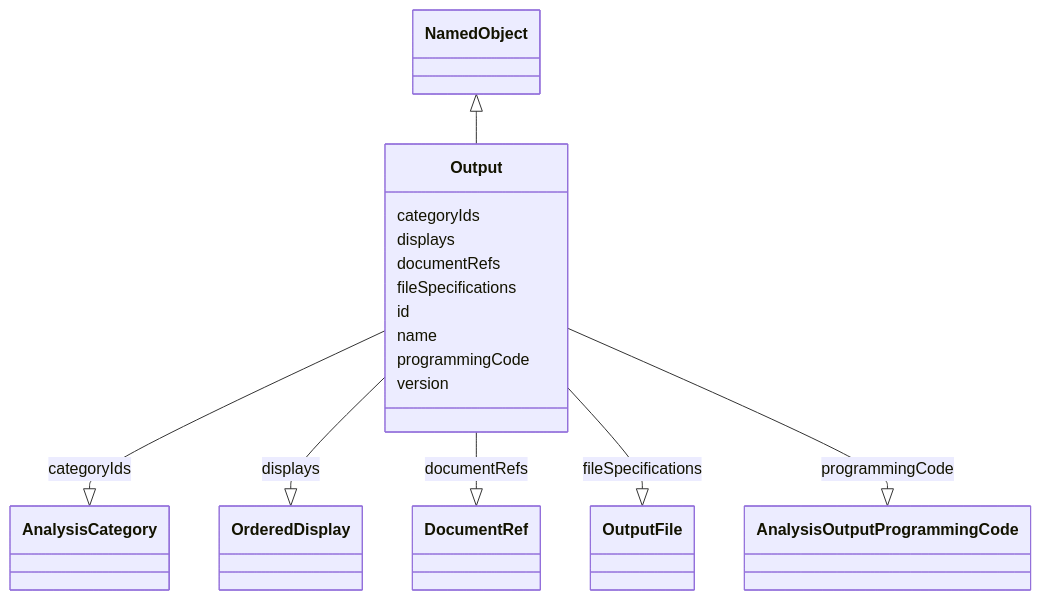
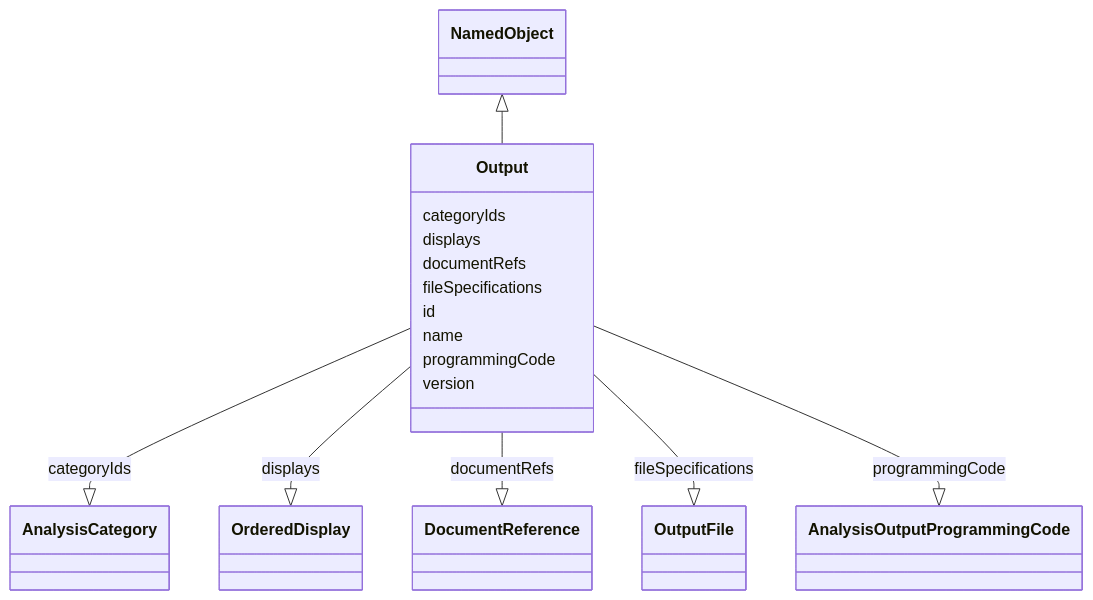
The diagram in project/docs/Output.md (cdisc-org/analysis-results-standard), drawn with Mermaid before and after one commit. The commit also changed other lines of this file and 281 other files, not shown here.

````diff
--- a/project/docs/Output.md
+++ b/project/docs/Output.md
@@ -14,33 +14,33 @@
 ```mermaid
  classDiagram
     class Output
       NamedObject <|-- Output
       
       Output : categoryIds
         
           Output --|> AnalysisCategory : categoryIds
         
       Output : displays
         
           Output --|> OrderedDisplay : displays
         
       Output : documentRefs
         
-          Output --|> DocumentRef : documentRefs
+          Output --|> DocumentReference : documentRefs
         
       Output : fileSpecifications
         
           Output --|> OutputFile : fileSpecifications
         
       Output : id
         
       Output : name
         
       Output : programmingCode
         
           Output --|> AnalysisOutputProgrammingCode : programmingCode
         
       Output : version
         
       
 ```
````
